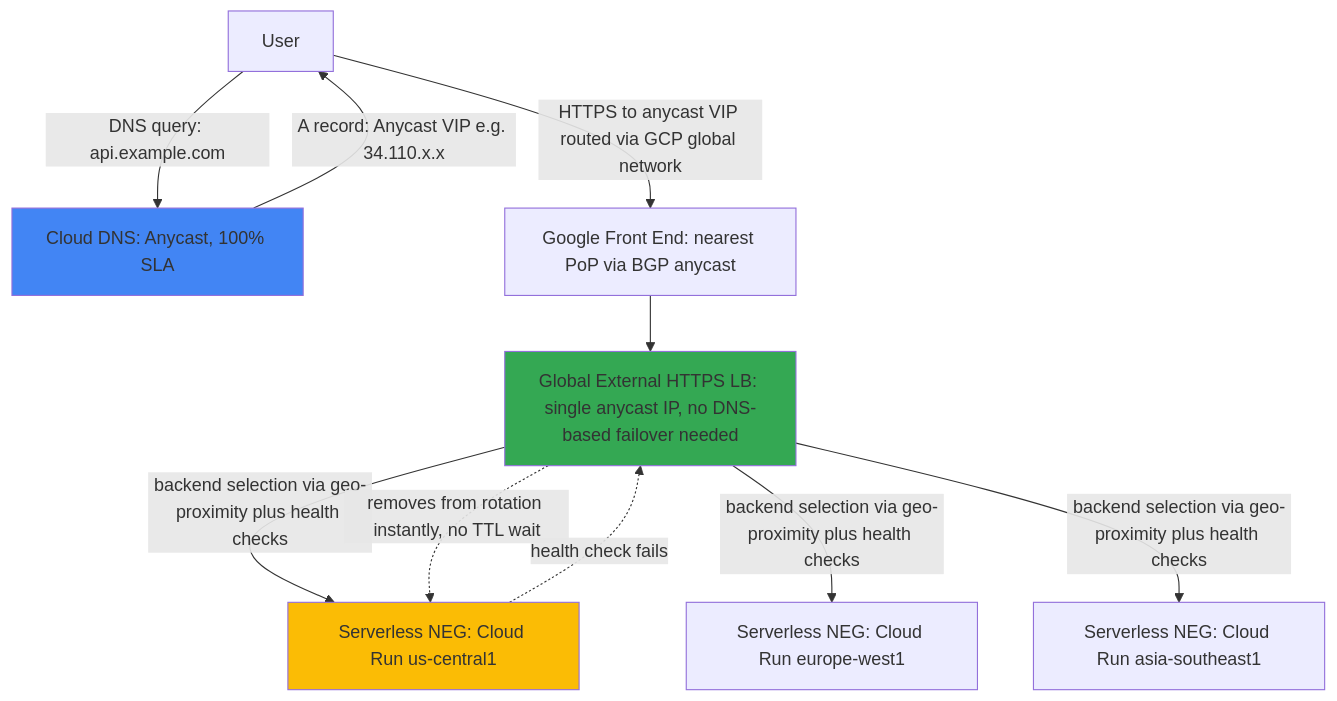
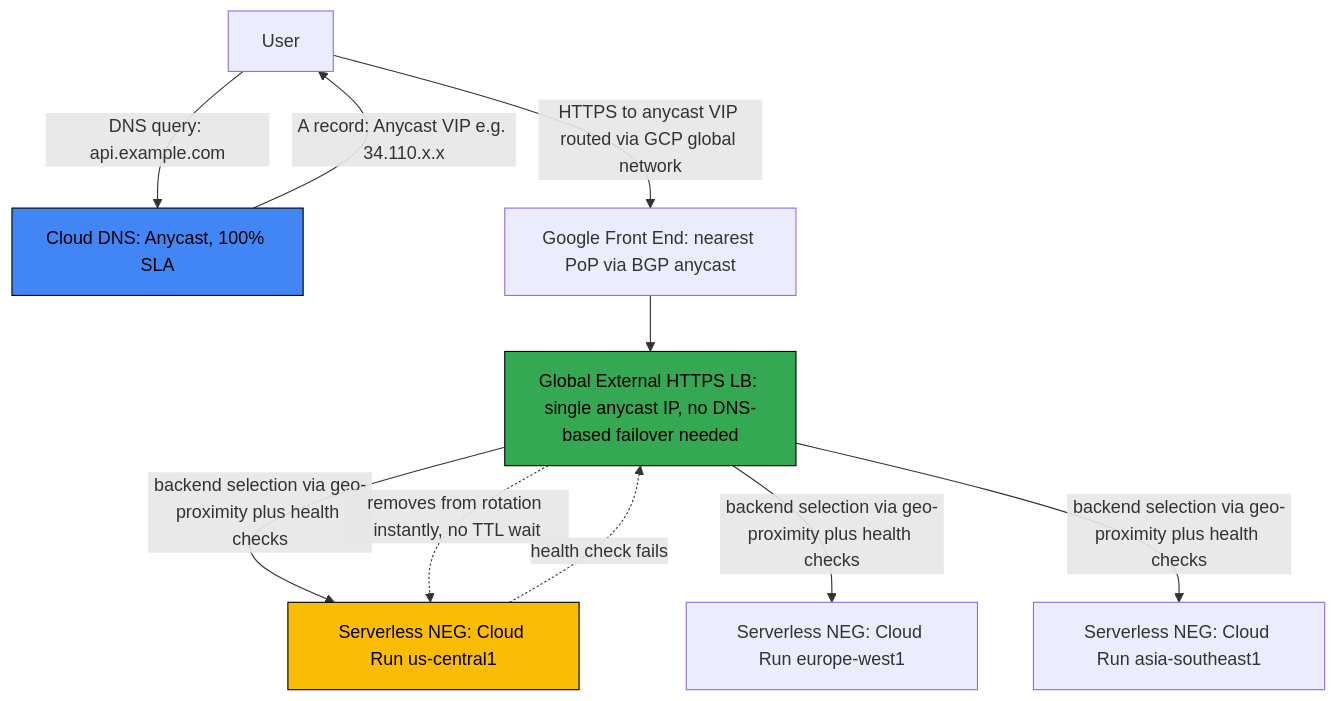
The fifth of 5 diagrams in Day1.md (LankaHarsha/system-designing-internals), drawn with Mermaid before and after one commit. The commit also changed other lines of this file, not shown here.

````diff
--- a/Day1.md
+++ b/Day1.md
@@ -383,19 +383,19 @@
 ```mermaid
 graph TB
     U["User"] -->|DNS query: api.example.com| CDNS["Cloud DNS: Anycast, 100% SLA"]
     CDNS -->|A record: Anycast VIP e.g. 34.110.x.x| U
     U -->|HTTPS to anycast VIP routed via GCP global network| GFE["Google Front End: nearest PoP via BGP anycast"]
 
     GFE --> GLB["Global External HTTPS LB: single anycast IP, no DNS-based failover needed"]
 
     GLB -->|backend selection via geo-proximity plus health checks| NEG1["Serverless NEG: Cloud Run us-central1"]
     GLB -->|backend selection via geo-proximity plus health checks| NEG2["Serverless NEG: Cloud Run europe-west1"]
     GLB -->|backend selection via geo-proximity plus health checks| NEG3["Serverless NEG: Cloud Run asia-southeast1"]
 
     NEG1 -.health check fails.-> GLB
     GLB -.removes from rotation instantly, no TTL wait.-> NEG1
 
-    style CDNS fill:#4285f4
-    style GLB fill:#34a853
-    style NEG1 fill:#fbbc05
+    style CDNS fill:#4285f4,color:#000000,stroke:#000000
+    style GLB fill:#34a853,color:#000000,stroke:#000000
+    style NEG1 fill:#fbbc05,color:#000000,stroke:#000000
 ```
````
